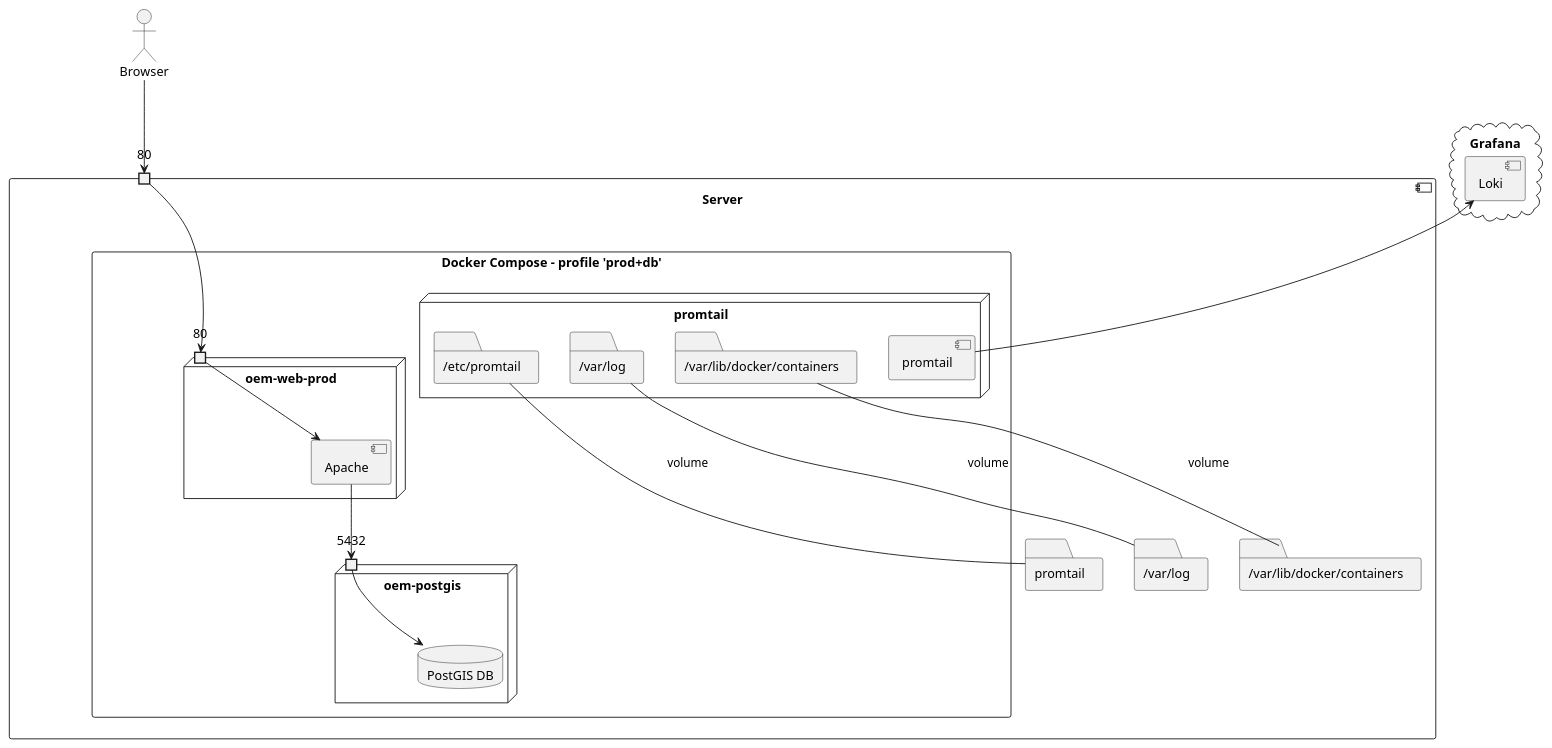
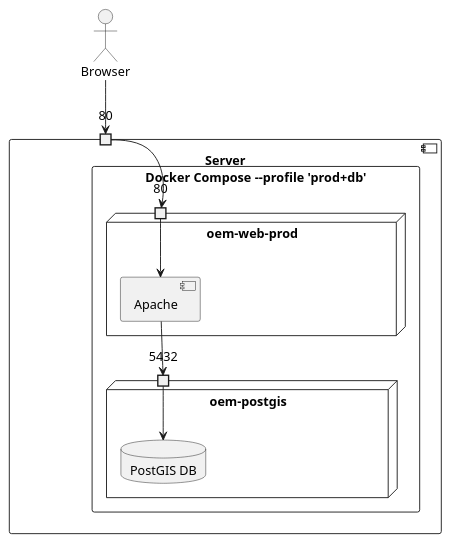
One commit to Danysan1/osm-wikidata-map-framework changed the diagram in images/prod+db_deployment.plantuml. Above: the diagram before and after it, drawn with PlantUML. The commit also changed 10 other files, not shown here.

```diff
--- a/images/prod+db_deployment.plantuml
+++ b/images/prod+db_deployment.plantuml
@@ -1,44 +1,27 @@
 @startuml prod+db_deployment
 
 actor Browser
 component Server {
   port "80" as 80docker
-  rectangle "Docker Compose - profile 'prod+db'" as docker {
+  rectangle "Docker Compose --profile 'prod+db'" as docker {
     node "oem-postgis" {
       port 5432 as 5432db
       database "PostGIS DB" as db
-    }
-    node promtail {
-      component promtail as promInst
-      folder "/etc/promtail" as promRem
-      folder "/var/log" as logRem
-      folder "/var/lib/docker/containers" as contRem
     }
     node "oem-web-prod" {
       port "80" as 80webProd
       component Apache
     }
   }
-  folder "promtail" as promLoc
-  folder "/var/log" as logLoc
-  folder "/var/lib/docker/containers" as contLoc
 }
-cloud Grafana {
-  component Loki
-}
-Loki <-- promInst
-
-promRem --- promLoc : volume
-logRem --- logLoc : volume
-contRem --- contLoc : volume
 
 Apache --> 5432db
 
 Browser --> 80docker
 
 80docker --> 80webProd
 
 80webProd --> Apache
 5432db --> db
 
 @enduml
```
